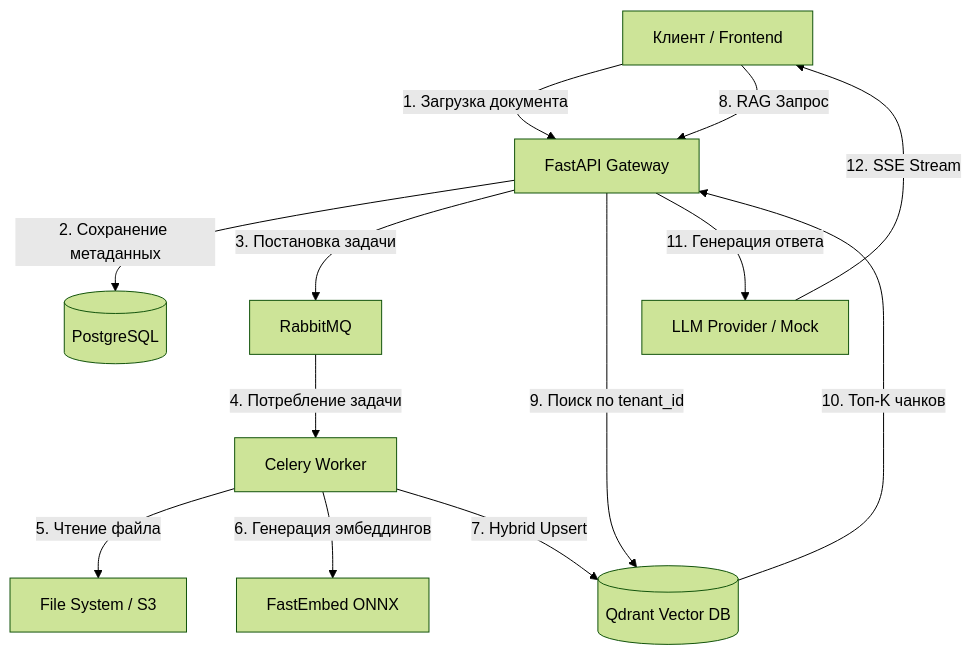
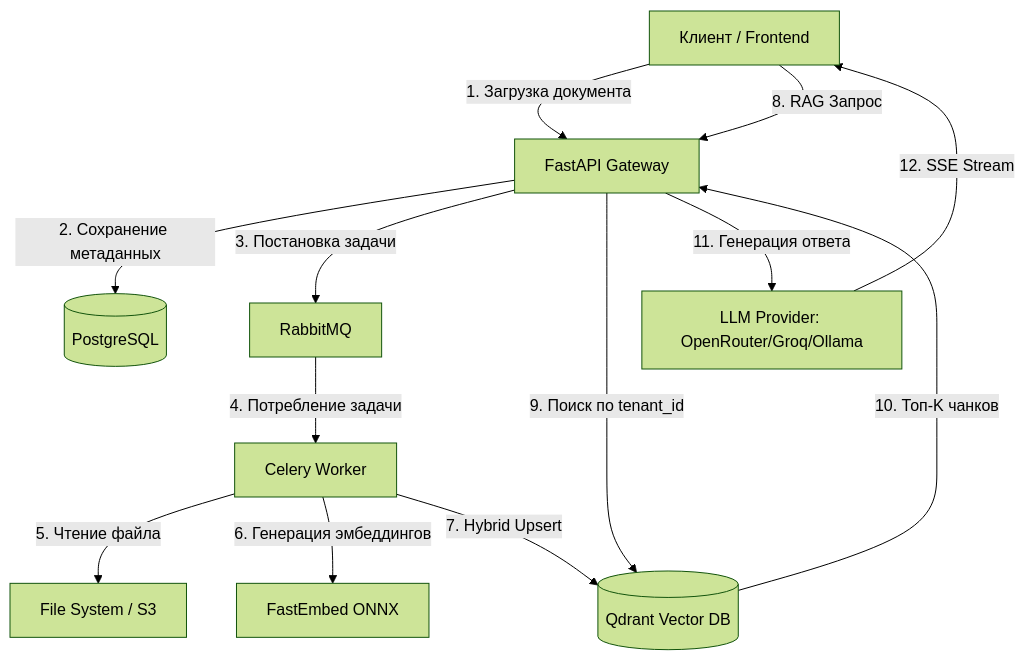
The diagram in README.md (ProgKenhy/Enterprise_Knowledge_Assistant), drawn with Mermaid (forest theme) before and after one commit. The commit also changed other lines of this file and 13 other files, not shown here.

````diff
--- a/README.md
+++ b/README.md
@@ -29,17 +27,17 @@
 ```mermaid
 graph TD
     Client[Клиент / Frontend] -->|1. Загрузка документа| API[FastAPI Gateway]
     API -->|2. Сохранение метаданных| DB[(PostgreSQL)]
     API -->|3. Постановка задачи| MQ[RabbitMQ]
     
     MQ -->|4. Потребление задачи| Worker[Celery Worker]
     Worker -->|5. Чтение файла| Storage[File System / S3]
     Worker -->|6. Генерация эмбеддингов| FE[FastEmbed ONNX]
     Worker -->|7. Hybrid Upsert| Qdrant[(Qdrant Vector DB)]
     
     Client -->|8. RAG Запрос| API
     API -->|9. Поиск по tenant_id| Qdrant
     Qdrant -->|10. Топ-K чанков| API
-    API -->|11. Генерация ответа| LLM[LLM Provider / Mock]
+    API -->|11. Генерация ответа| LLM[LLM Provider: OpenRouter/Groq/Ollama]
     LLM -->|12. SSE Stream| Client
 ```
````
